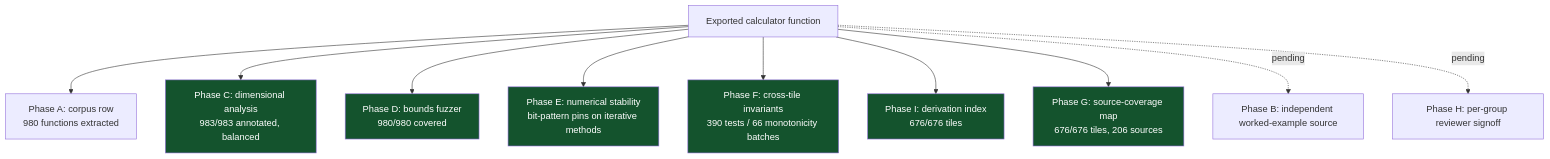
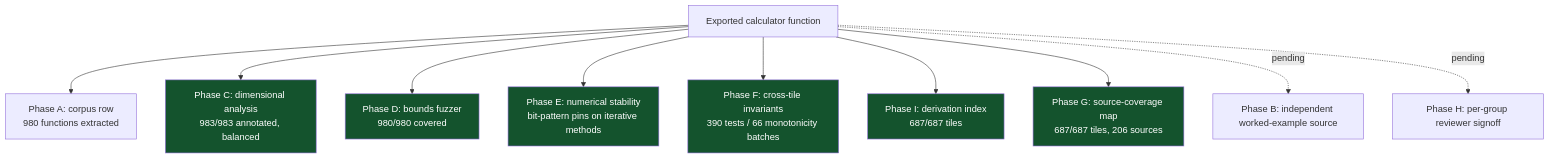
One commit to clay-good/roughlogic.com changed the sixth of 8 diagrams in README.md. Above: the diagram before and after it, drawn with Mermaid. The commit also changed other lines of this file and 28 other files, not shown here.

````diff
--- a/README.md
+++ b/README.md
@@ -466,18 +468,18 @@
 ```mermaid
 flowchart TB
     F[Exported calculator function] --> A[Phase A: corpus row\n980 functions extracted]
     F --> C[Phase C: dimensional analysis\n983/983 annotated, balanced]
     F --> D[Phase D: bounds fuzzer\n980/980 covered]
     F --> E[Phase E: numerical stability\nbit-pattern pins on iterative methods]
     F --> Fa[Phase F: cross-tile invariants\n390 tests / 66 monotonicity batches]
-    F --> I[Phase I: derivation index\n676/676 tiles]
-    F --> G[Phase G: source-coverage map\n676/676 tiles, 206 sources]
+    F --> I[Phase I: derivation index\n687/687 tiles]
+    F --> G[Phase G: source-coverage map\n687/687 tiles, 206 sources]
     F -.pending.-> B[Phase B: independent worked-example source]
     F -.pending.-> H[Phase H: per-group reviewer signoff]
     style C fill:#14532d,color:#fff
     style D fill:#14532d,color:#fff
     style E fill:#14532d,color:#fff
     style Fa fill:#14532d,color:#fff
     style G fill:#14532d,color:#fff
     style I fill:#14532d,color:#fff
 ```
````
